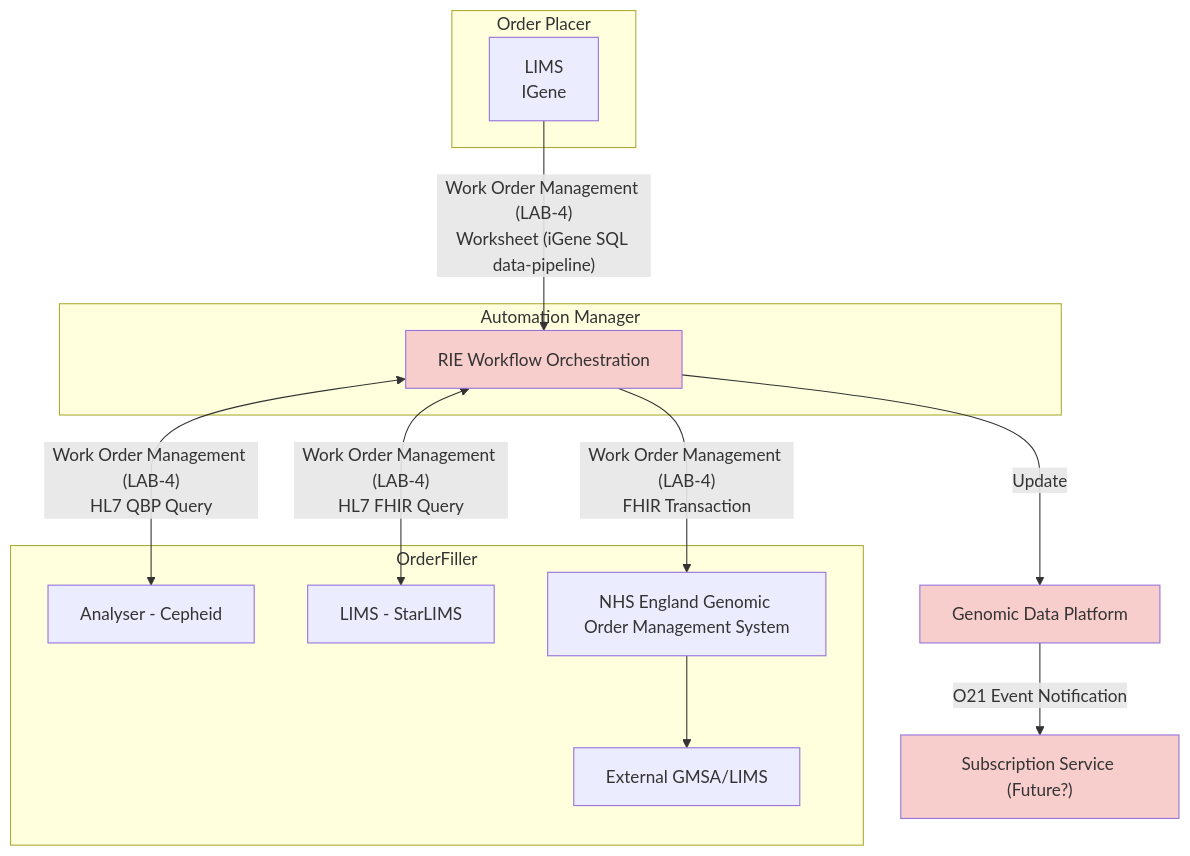
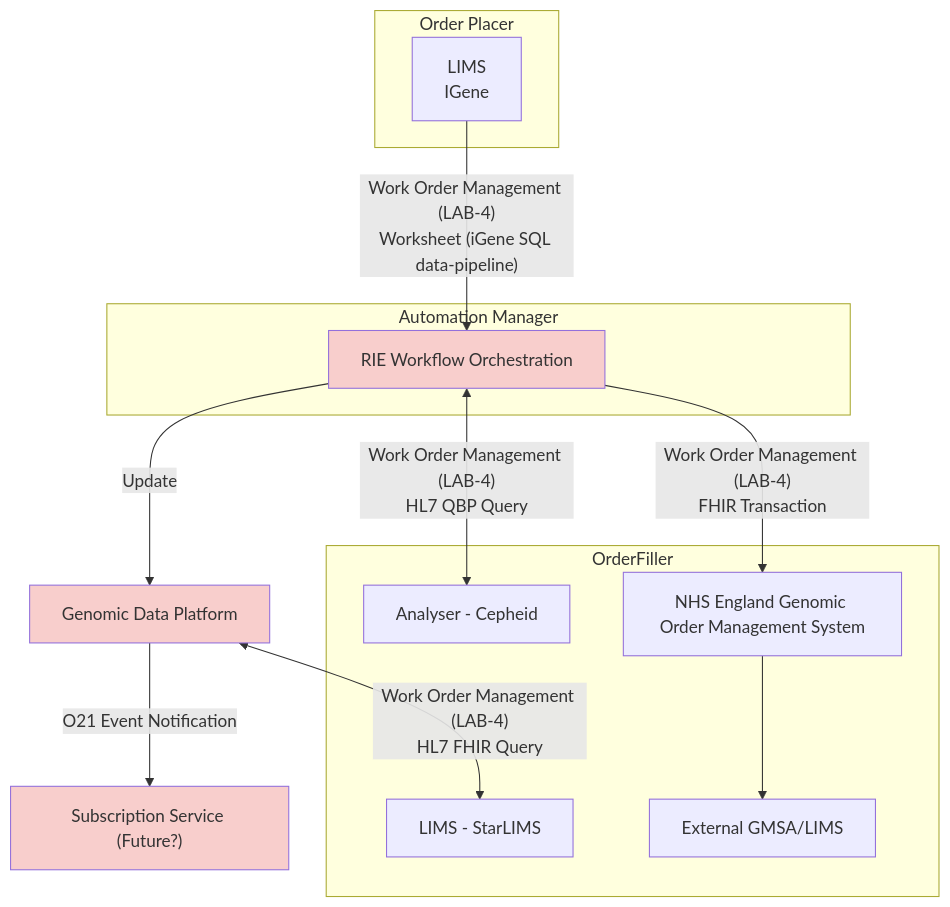
Before and after one commit to nw-gmsa/nw-gmsa.github.com: the fifth of 6 diagrams in input/pagecontent/LTW.md, drawn with Mermaid.

Commit message:
Diagram typo fix

````diff
--- a/input/pagecontent/LTW.md
+++ b/input/pagecontent/LTW.md
@@ -370,40 +370,40 @@
 ```mermaid
 graph TD
 
 
 subgraph GenomicLIMS["Order Placer"];
     iGene[LIMS<br/>IGene]
 end
 
 subgraph HIE["Automation Manager"];
     RIE4["RIE Workflow Orchestration"]
  
 end
 
 subgraph OrderFiller;
 Cepheid[Analyser - Cepheid]
 StarLIMS[LIMS - StarLIMS]
 
 GOMS["NHS England Genomic Order Management System"] 
 ExtLIMS[External GMSA/LIMS]
 
 end 
 
 GDP["Genomic Data Platform"]
  PubSub["Subscription Service (Future?)"]
 
 RIE4 --> |Update| GDP
 GDP --> |O21 Event Notification| PubSub
 
 
 iGene --> |"Work Order Management (LAB-4)<br/>Worksheet (iGene SQL data-pipeline)"| RIE4
 RIE4 <--> |"Work Order Management (LAB-4)<br/>HL7 QBP Query"| Cepheid
-RIE4 <--> |"Work Order Management (LAB-4)<br/>HL7 FHIR Query"| StarLIMS
+GDP <--> |"Work Order Management (LAB-4)<br/>HL7 FHIR Query"| StarLIMS
 RIE4 --> |"Work Order Management (LAB-4)<br/>FHIR Transaction"| GOMS
 GOMS --> ExtLIMS
 
 classDef purple fill:#E1D5E7;
 classDef pink fill:#F8CECC;
 
 class GDP,RIE4,PubSub,VCFFHIR pink;
 ```
````
